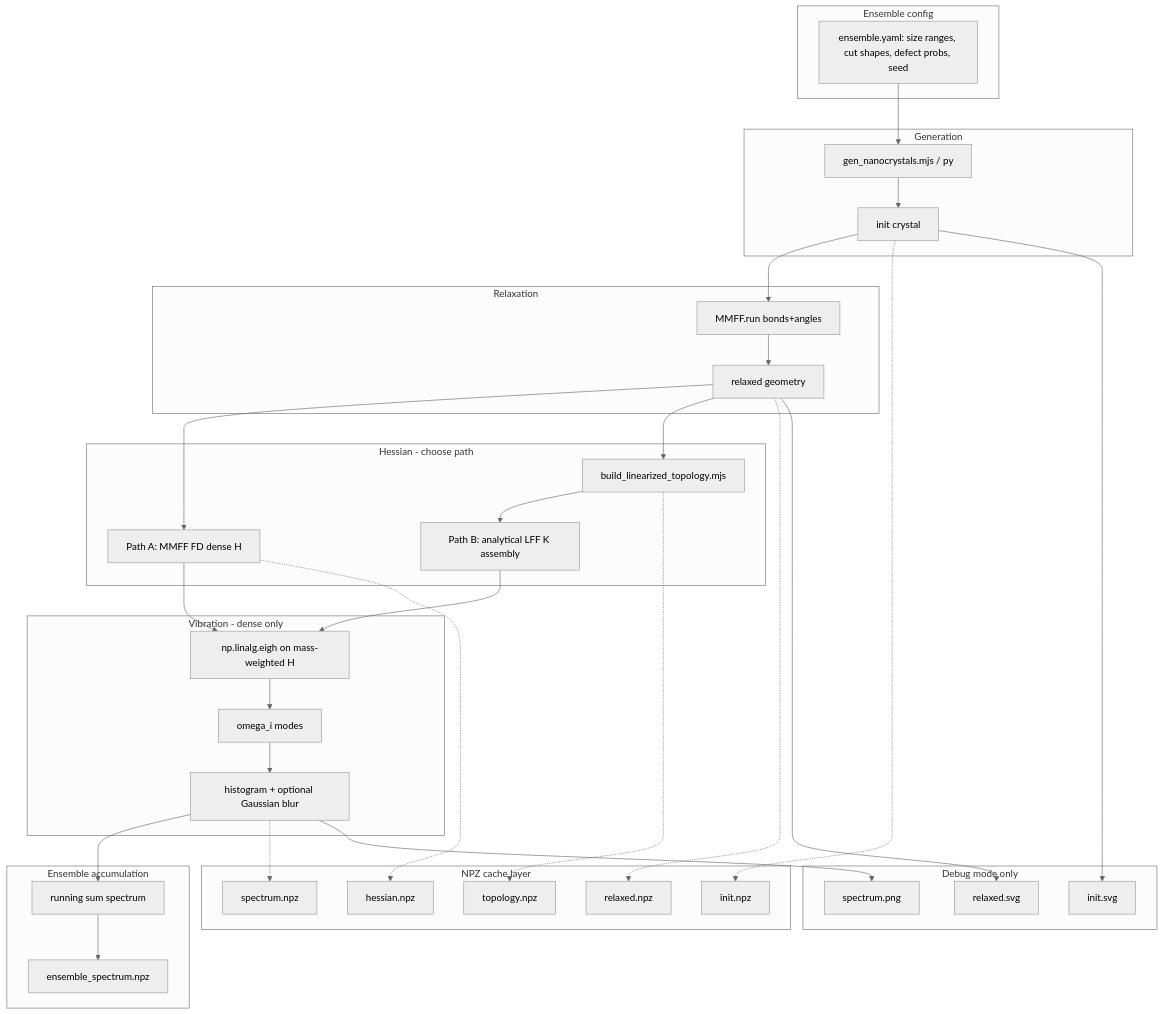
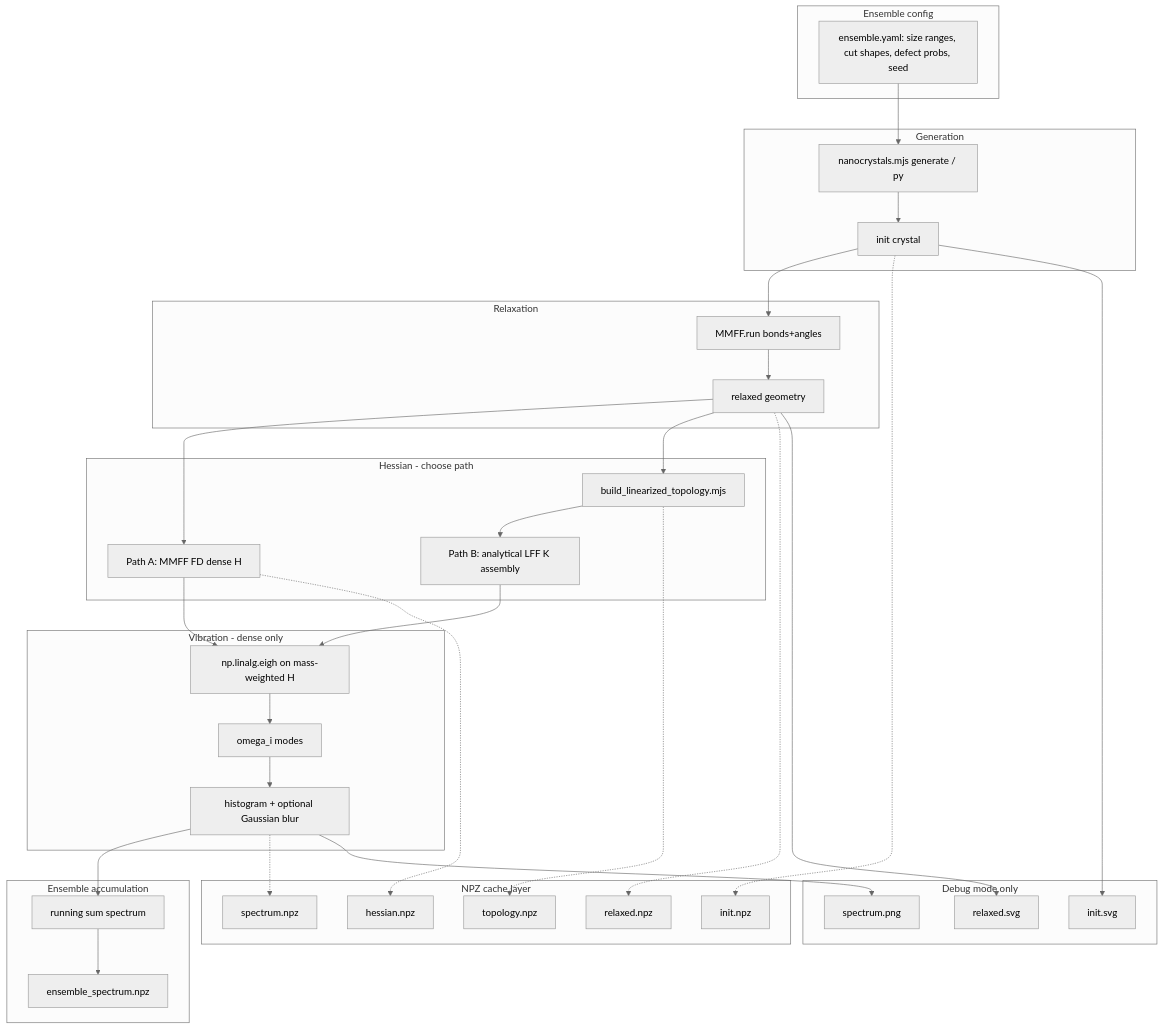
Before and after one commit to ProkopHapala/FireCore: the first of 3 diagrams in doc/Topics/FTIR_Nanocrystals/Nanocrystal_pipeline.progress.md, drawn with Mermaid (neutral theme). The commit also changed other lines of this file and 20 other files, not shown here.

Commit message:
added functionality to search ring to nanocrystals.js and Graph.js, consolidated nanocrystal.mjs many older scrips now deprecated

````diff
--- a/doc/Topics/FTIR_Nanocrystals/Nanocrystal_pipeline.progress.md
+++ b/doc/Topics/FTIR_Nanocrystals/Nanocrystal_pipeline.progress.md
@@ -48,49 +48,49 @@
 ```mermaid
 flowchart TB
     subgraph config [Ensemble config]
         C[ensemble.yaml: size ranges, cut shapes, defect probs, seed]
     end
 
     subgraph gen [Generation]
-        G[gen_nanocrystals.mjs / py] --> INIT[init crystal]
+        G[nanocrystals.mjs generate / py] --> INIT[init crystal]
     end
 
     subgraph relax [Relaxation]
         INIT --> R[MMFF.run bonds+angles]
         R --> REL[relaxed geometry]
     end
 
     subgraph hess [Hessian - choose path]
         REL --> H_A[Path A: MMFF FD dense H]
         REL --> TOPO[build_linearized_topology.mjs]
         TOPO --> H_B[Path B: analytical LFF K assembly]
     end
 
     subgraph vib [Vibration - dense only]
         H_A --> EIGH[np.linalg.eigh on mass-weighted H]
         H_B --> EIGH
         EIGH --> MODES[omega_i modes]
         MODES --> HIST[histogram + optional Gaussian blur]
     end
 
     subgraph accum [Ensemble accumulation]
         HIST --> SUM[running sum spectrum]
         SUM --> OUT[ensemble_spectrum.npz]
     end
 
     subgraph cache [NPZ cache layer]
         INIT -.-> NPZ1[init.npz]
         REL -.-> NPZ2[relaxed.npz]
         TOPO -.-> NPZ3[topology.npz]
         H_A -.-> NPZ4[hessian.npz]
         HIST -.-> NPZ5[spectrum.npz]
     end
 
     subgraph debug [Debug mode only]
         INIT --> SVG1[init.svg]
         REL --> SVG2[relaxed.svg]
         HIST --> PLOT[spectrum.png]
     end
 
     C --> G
 ```
````
